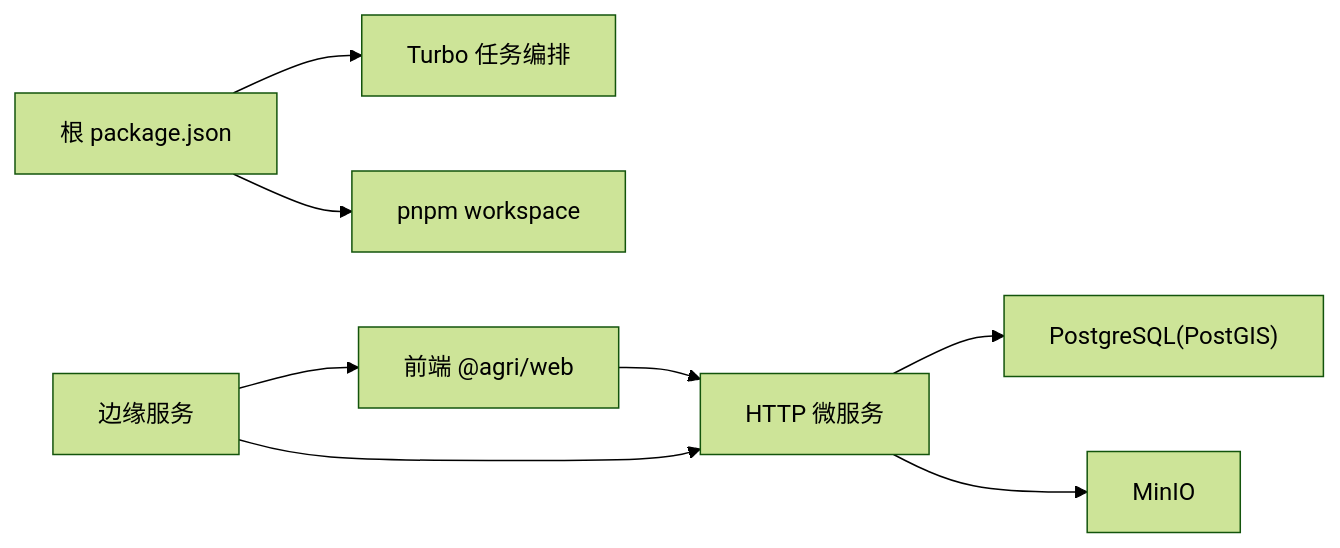
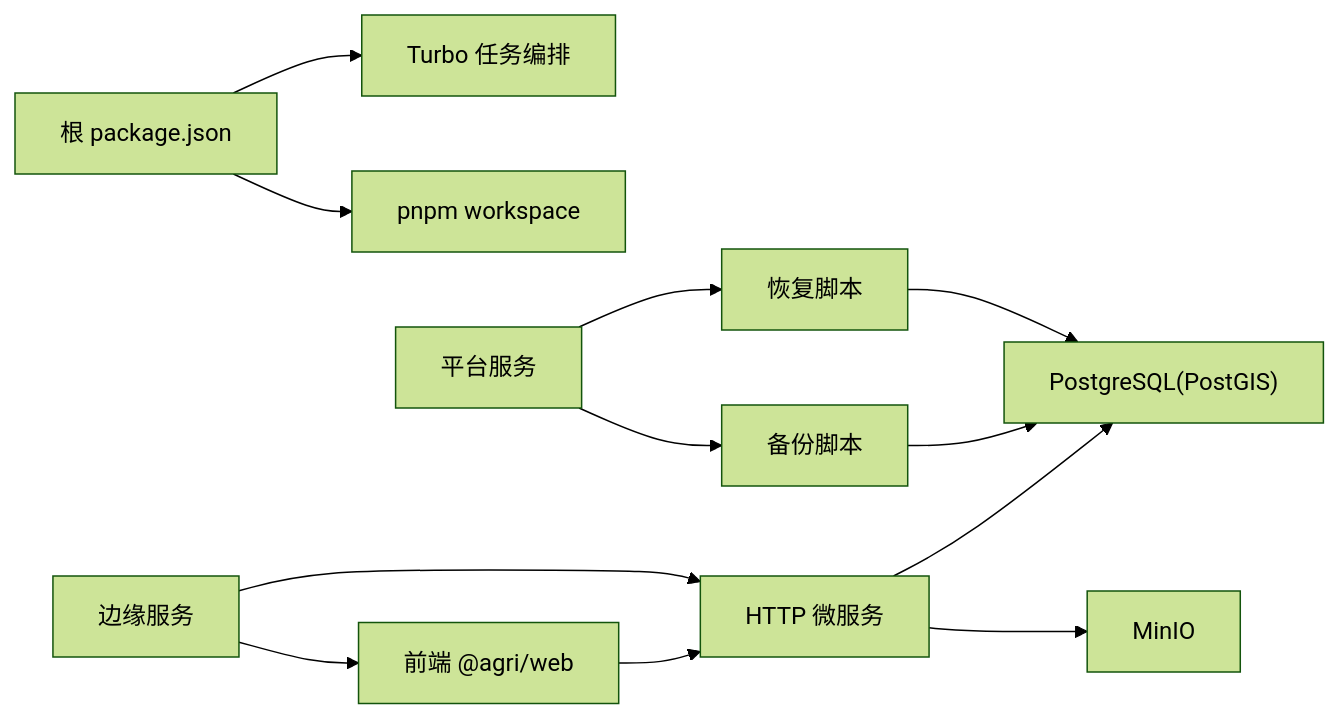
The fourth of 4 diagrams in .qoder/repowiki/zh/content/部署运维/部署策略.md (q446328246/agri-platform), drawn with Mermaid (forest theme) before and after one commit. The commit also changed other lines of this file and 49 other files, not shown here.

````diff
--- a/.qoder/repowiki/zh/content/部署运维/部署策略.md
+++ b/.qoder/repowiki/zh/content/部署运维/部署策略.md
@@ -418,10 +520,14 @@
 ```mermaid
 graph LR
 Root["根 package.json"] --> Turbo["Turbo 任务编排"]
 Root --> PnpmWS["pnpm workspace"]
 Services["HTTP 微服务"] --> PG["PostgreSQL(PostGIS)"]
 Services --> Minio["MinIO"]
 Web["前端 @agri/web"] --> Services
 Edge["边缘服务"] --> Web
 Edge --> Services
+Platform["平台服务"] --> BackupScripts["备份脚本"]
+Platform --> RestoreScripts["恢复脚本"]
+BackupScripts --> PG
+RestoreScripts --> PG
 ```
````
